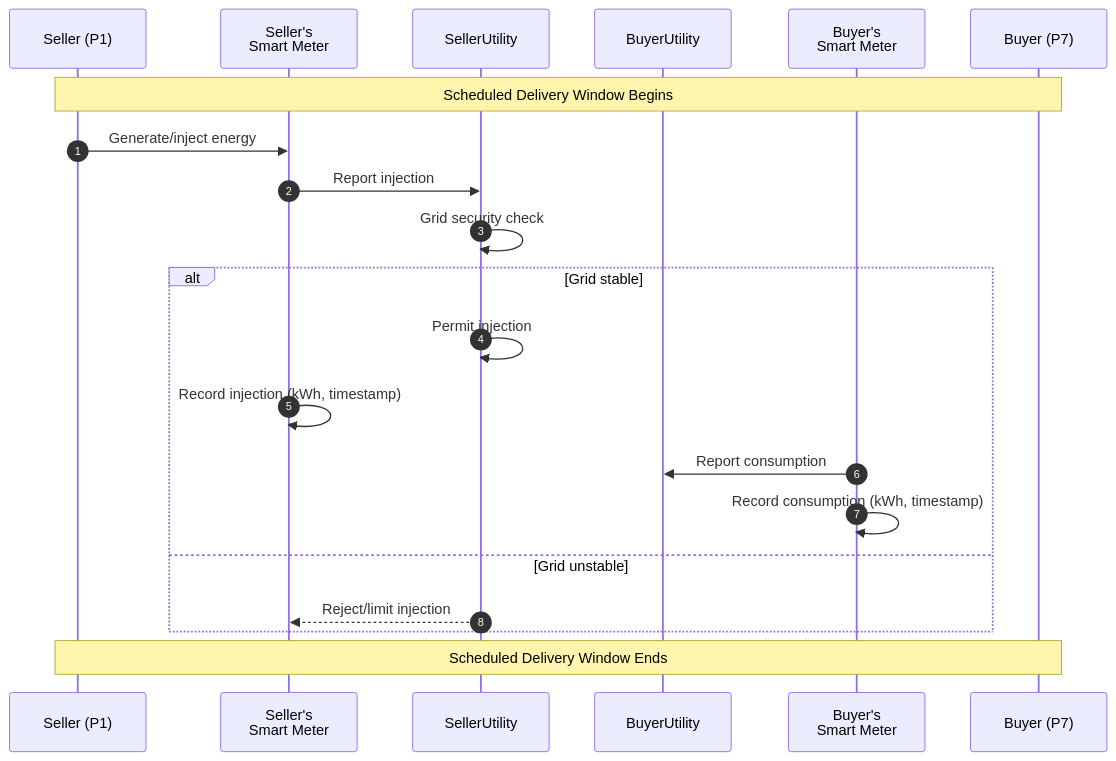
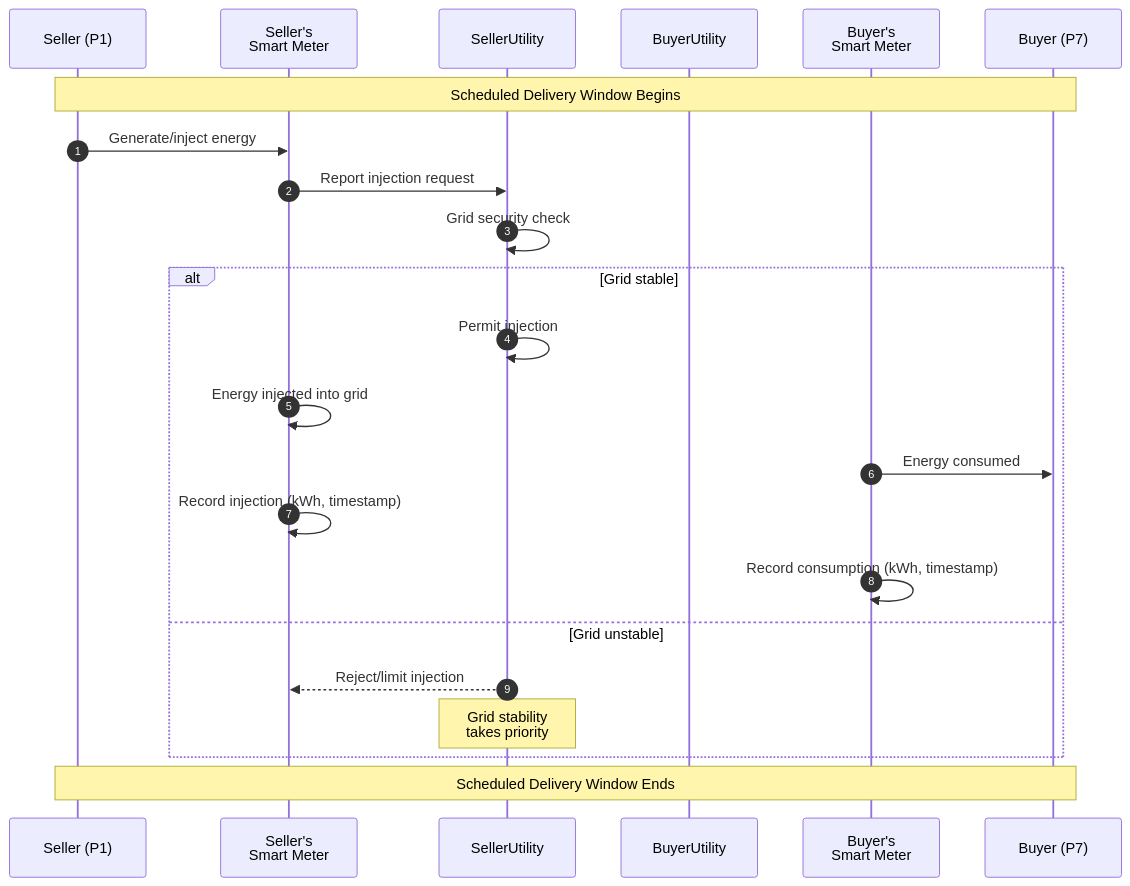
The sixth of 9 diagrams in docs/implementation-guides/v2/P2P_Trading/Inter_energy_retailer_P2P_trading_alt_draft.md (beckn/DEG), drawn with Mermaid before and after one commit. The commit also changed other lines of this file, not shown here.

Commit message:
refined flows in sequence diagram in decentralized ledger

````diff
--- a/docs/implementation-guides/v2/P2P_Trading/Inter_energy_retailer_P2P_trading_alt_draft.md
+++ b/docs/implementation-guides/v2/P2P_Trading/Inter_energy_retailer_P2P_trading_alt_draft.md
@@ -264,28 +408,31 @@
 ```mermaid
 sequenceDiagram
     autonumber
     participant S as Seller (P1)
     participant SM_S as Seller's<br/>Smart Meter
     participant SellerUtility as SellerUtility
     participant BuyerUtility as BuyerUtility
     participant SM_B as Buyer's<br/>Smart Meter
     participant B as Buyer (P7)
 
     Note over S,B: Scheduled Delivery Window Begins
 
     S->>SM_S: Generate/inject energy
-    SM_S->>SellerUtility: Report injection
+    SM_S->>SellerUtility: Report injection request
 
     SellerUtility->>SellerUtility: Grid security check
     alt Grid stable
         SellerUtility->>SellerUtility: Permit injection
+        SM_S->>SM_S: Energy injected into grid
+
+        SM_B->>B: Energy consumed
+
         SM_S->>SM_S: Record injection (kWh, timestamp)
-
-        SM_B->>BuyerUtility: Report consumption
         SM_B->>SM_B: Record consumption (kWh, timestamp)
     else Grid unstable
         SellerUtility-->>SM_S: Reject/limit injection
+        Note over SellerUtility: Grid stability<br/>takes priority
     end
 
     Note over S,B: Scheduled Delivery Window Ends
 ```
````
